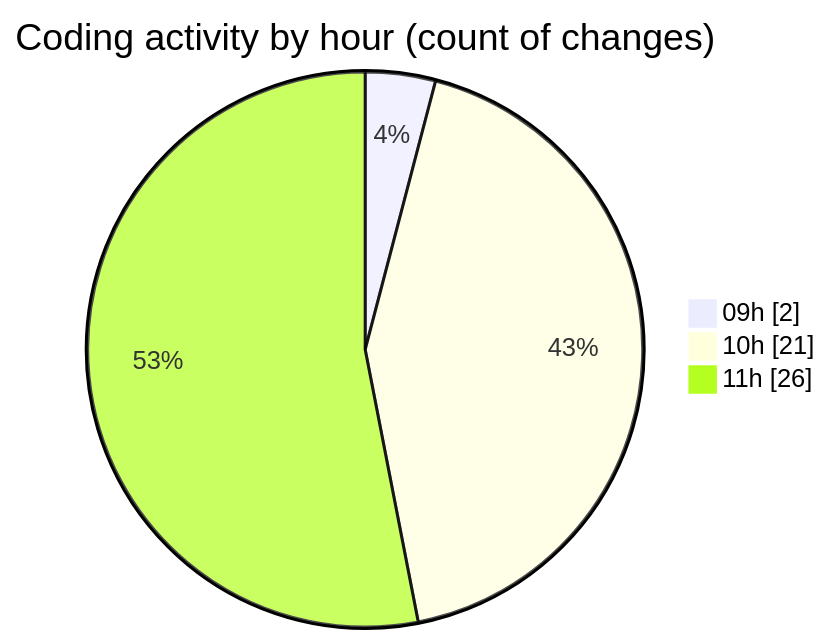
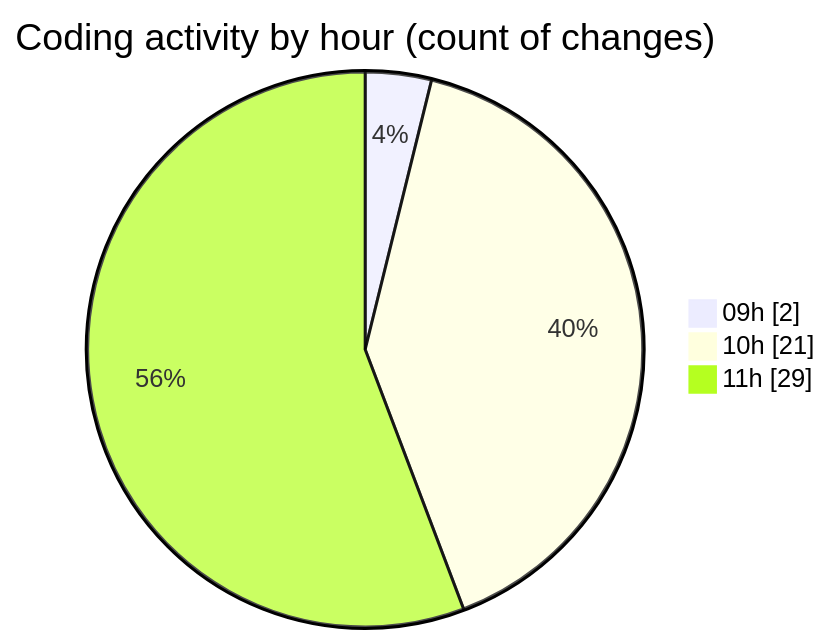
Before and after one commit to LanceThiago/code-tracking: the second of 2 diagrams in 2025-03-27/kml/README.md, drawn with Mermaid. The commit also changed other lines of this file and 1 other file, not shown here.

````diff
--- a/2025-03-27/kml/README.md
+++ b/2025-03-27/kml/README.md
@@ -40,7 +40,7 @@
 ```mermaid
 pie showData
 title Coding activity by hour (count of changes)
 "09h" : 2
 "10h" : 21
-"11h" : 26
+"11h" : 29
 ```
````
